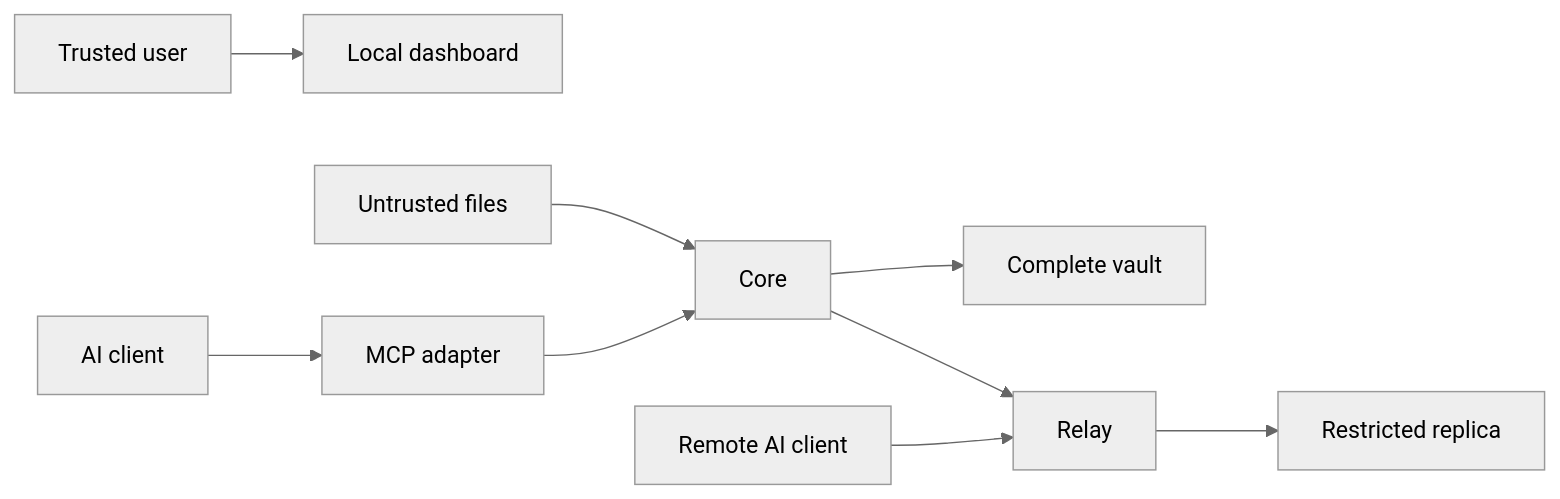
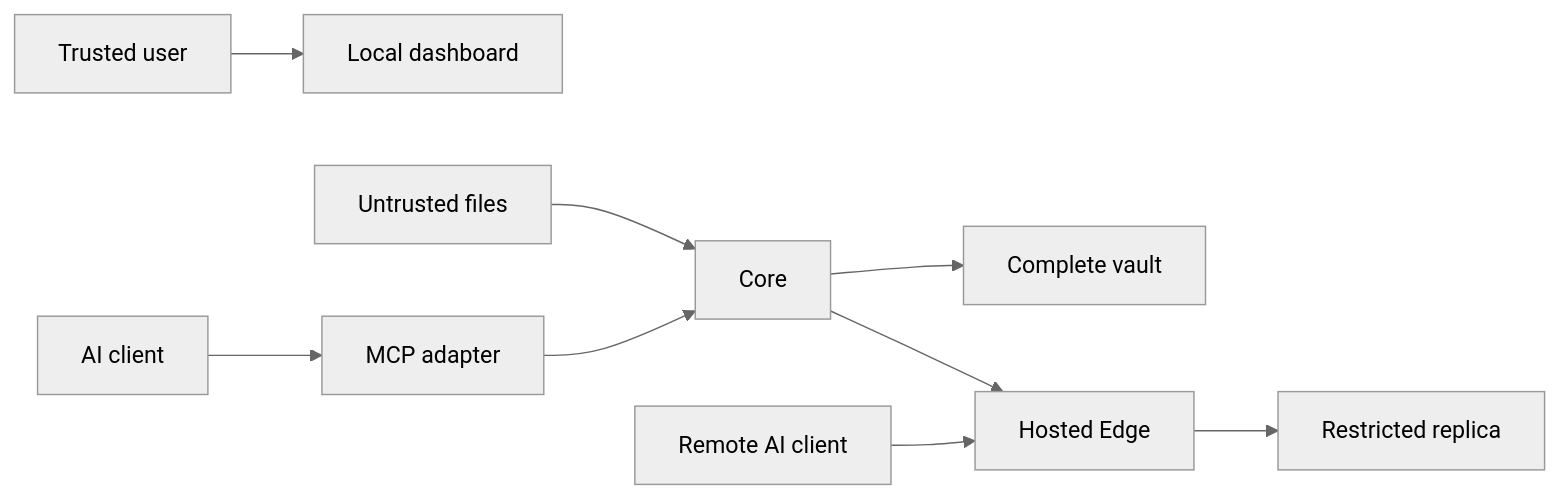
The diagram in docs/security/All The Context-threat-model.md (Martian-ux/All-The-Context), drawn with Mermaid (neutral theme) before and after one commit. The commit also changed other lines of this file and 79 other files, not shown here.

````diff
--- a/docs/security/All The Context-threat-model.md
+++ b/docs/security/All The Context-threat-model.md
@@ -54,11 +68,11 @@
 ```mermaid
 flowchart LR
   U["Trusted user"] --> B["Local dashboard"]
   F["Untrusted files"] --> C["Core"]
   A["AI client"] --> M["MCP adapter"]
   M --> C
   C --> D["Complete vault"]
-  C --> R["Relay"]
+  C --> R["Hosted Edge"]
   X["Remote AI client"] --> R
   R --> E["Restricted replica"]
 ```
````
